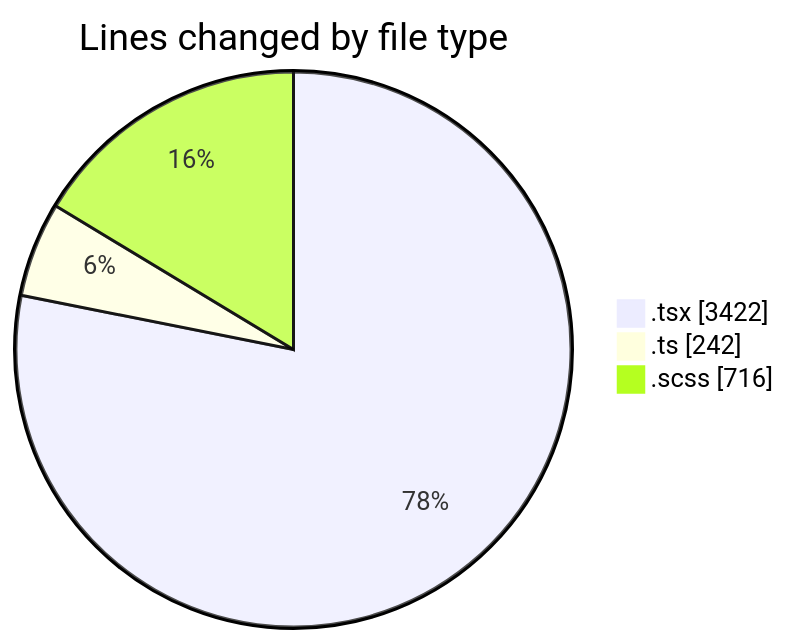
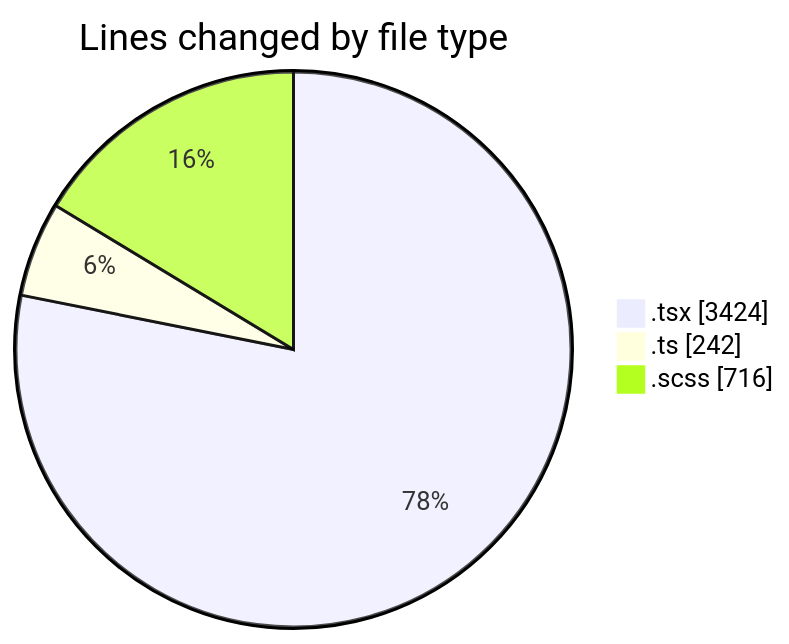
One commit to momahboobian/code-tracking changed the first of 2 diagrams in 2025-09-15/cda/README.md. Above: the diagram before and after it, drawn with Mermaid. The commit also changed other lines of this file and 1 other file, not shown here.

````diff
--- a/2025-09-15/cda/README.md
+++ b/2025-09-15/cda/README.md
@@ -25,7 +25,7 @@
 ```mermaid
 pie showData
 title Lines changed by file type
-".tsx" : 3422
+".tsx" : 3424
 ".ts" : 242
 ".scss" : 716
 ```
````
